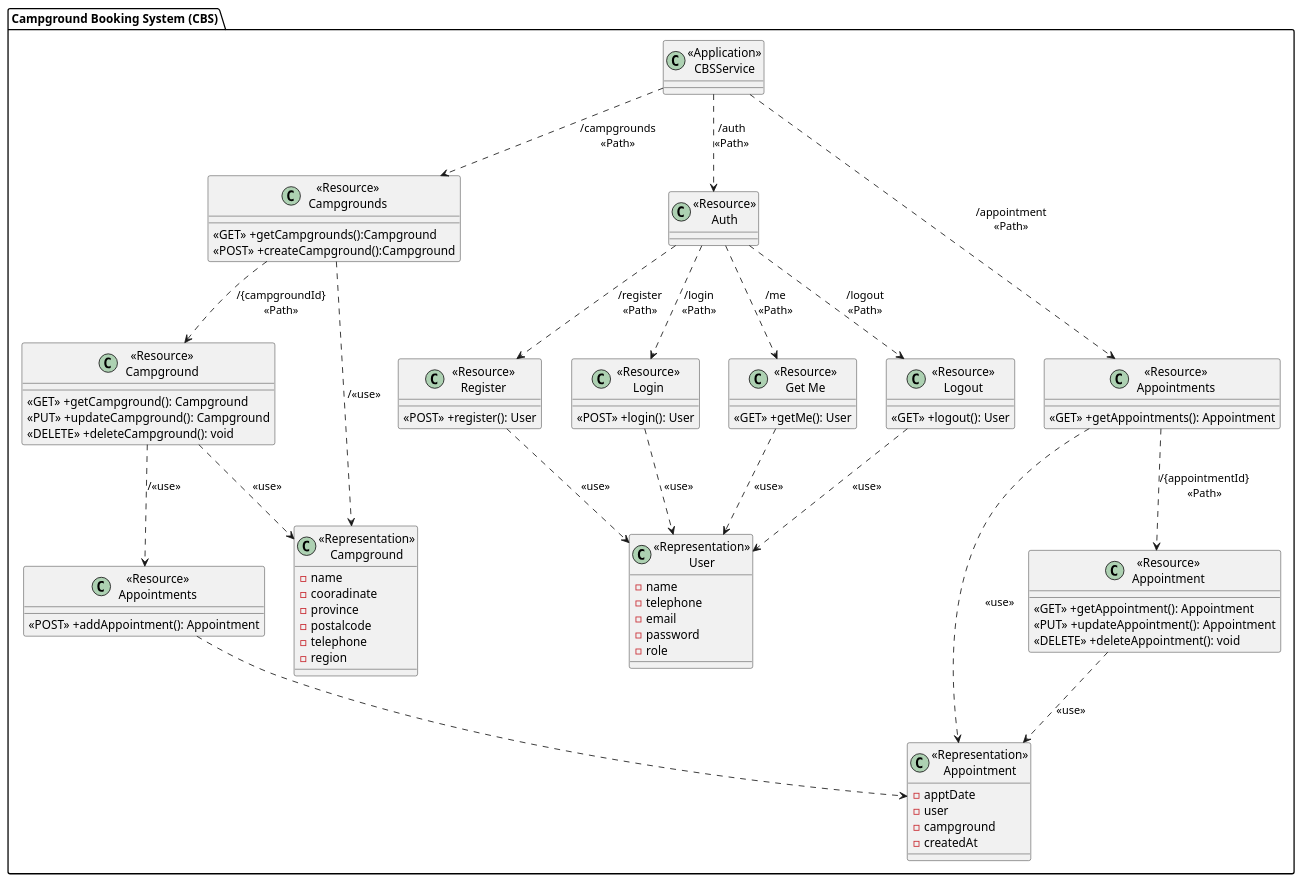
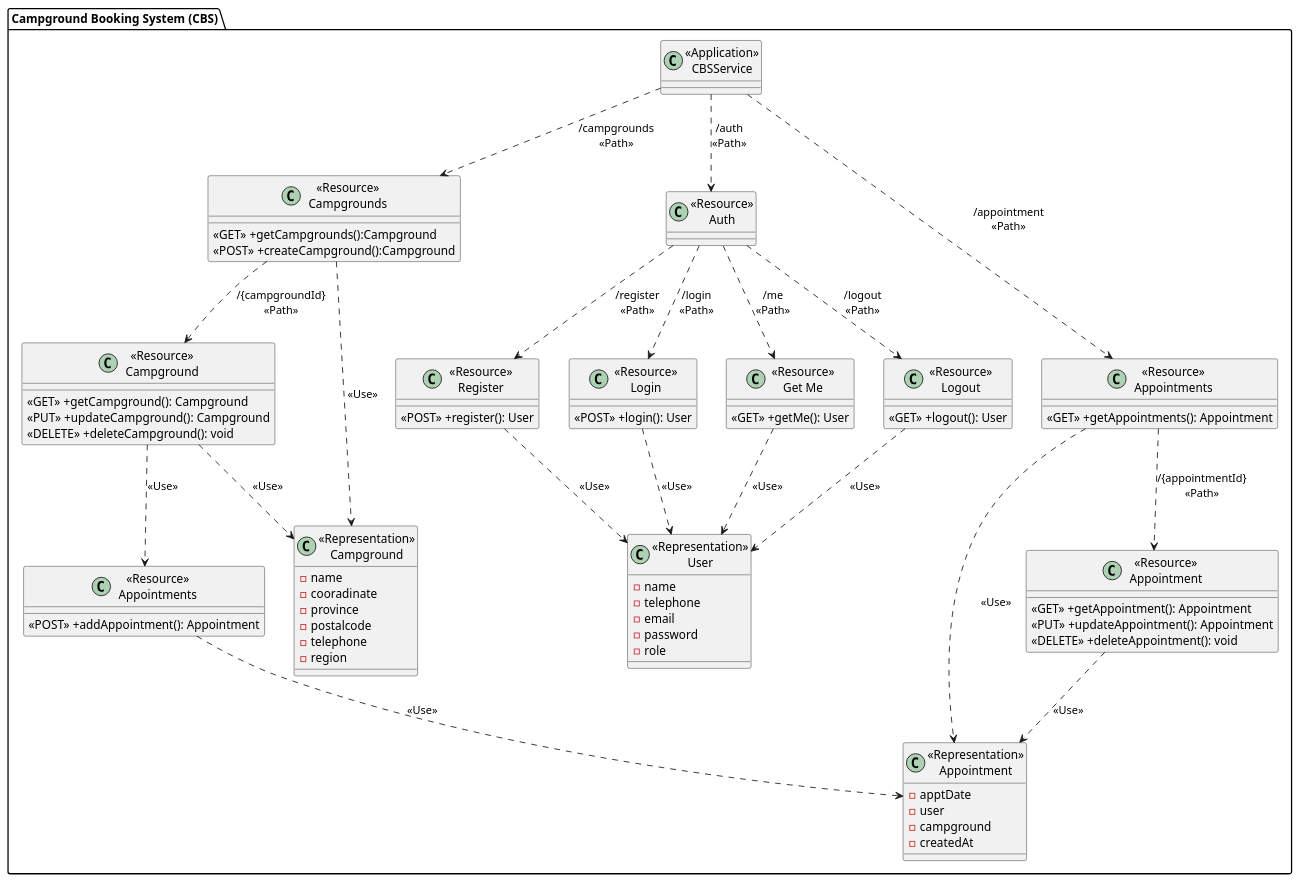
The diagram in diagram/Class diagram/CampgroundClass.puml (FaiiFaiipuipui/CEDT_Y1T2_backend-campgroundbooking), drawn with PlantUML before and after one commit. The commit also changed 1 other file, not shown here.

Commit message:
Modify class diagram

```diff
--- a/diagram/Class diagram/CampgroundClass.puml
+++ b/diagram/Class diagram/CampgroundClass.puml
@@ -1,98 +1,98 @@
 @startuml Campground Booking System (CBS)
 
 package "Campground Booking System (CBS)"{
     class "<<Application>>\nCBSService" as CBSService{}
 
     class "<<Resource>>\nCampgrounds" as ResourceCampgrounds{
         <<GET>> +getCampgrounds():Campground
         <<POST>> +createCampground():Campground
     }
 
     class "<<Resource>>\nCampground" as ResourceCampground {
         <<GET>> +getCampground(): Campground
         <<PUT>> +updateCampground(): Campground
         <<DELETE>> +deleteCampground(): void
     }
 
     class "<<Representation>>\nCampground" as RepresentationCampground {
         -name
         -cooradinate
         -province
         -postalcode
         -telephone
         -region
     }
 
     class "<<Resource>>\nAuth" as ResourceAuth{
         
     }
 
     class "<<Resource>>\nRegister" as RegisterService {
         <<POST>> +register(): User
     }
 
     class "<<Resource>>\nLogin" as LoginService {
         <<POST>> +login(): User
     }
 
     class "<<Resource>>\nGet Me" as GetMeService {
         <<GET>> +getMe(): User
     }
     class "<<Resource>>\nLogout" as LogoutService {
         <<GET>> +logout(): User
     }
 
     class "<<Representation>>\nUser" as RepresentationUser {
         -name
         -telephone
         -email
         -password
         -role
     }
 
     class "<<Resource>>\nAppointments" as ResourceAppointments{
         <<GET>> +getAppointments(): Appointment
     }
 
     class "<<Resource>>\nAppointments" as AddResourceAppointments{
         <<POST>> +addAppointment(): Appointment
     }
 
     class "<<Resource>>\nAppointment" as ResourceAppointment{
         <<GET>> +getAppointment(): Appointment
         <<PUT>> +updateAppointment(): Appointment
         <<DELETE>> +deleteAppointment(): void
     }
 
     class "<<Representation>>\nAppointment" as RepresentationAppointment {
         -apptDate
         -user
         -campground
         -createdAt
     }
 }
 
 CBSService ..> ResourceCampgrounds:"/campgrounds\n<<Path>>"
 ResourceCampgrounds ..> ResourceCampground: "/{campgroundId}\n<<Path>>"
-ResourceCampgrounds ..> RepresentationCampground: "/<<use>>"
-ResourceCampground ..> AddResourceAppointments: "/<<use>>"
-ResourceCampground ..> RepresentationCampground: "<<use>>"
+ResourceCampgrounds ..> RepresentationCampground: "<<Use>>"
+ResourceCampground ..> AddResourceAppointments: "<<Use>>"
+ResourceCampground ..> RepresentationCampground: "<<Use>>"
 
 CBSService ..> ResourceAppointments: "/appointment\n<<Path>>"
 ResourceAppointments ..> ResourceAppointment: "/{appointmentId}\n<<Path>>"
-ResourceAppointment ..> RepresentationAppointment: "<<use>>"
-ResourceAppointments ..> RepresentationAppointment: "<<use>>"
-AddResourceAppointments ..> RepresentationAppointment
+ResourceAppointment ..> RepresentationAppointment: "<<Use>>"
+ResourceAppointments ..> RepresentationAppointment: "<<Use>>"
+AddResourceAppointments ..> RepresentationAppointment: "<<Use>>"
 
 CBSService ..> ResourceAuth:"/auth\n<<Path>>"
 ResourceAuth ..> RegisterService: "/register\n<<Path>>"
 ResourceAuth ..> LoginService: "/login\n<<Path>>"
 ResourceAuth ..> GetMeService: "/me\n<<Path>>"
 ResourceAuth ..> LogoutService: "/logout\n<<Path>>"
-RegisterService ..> RepresentationUser: "<<use>>"
-LoginService ..> RepresentationUser: "<<use>>"
-GetMeService ..> RepresentationUser: "<<use>>"
-LogoutService ..> RepresentationUser: "<<use>>"
+RegisterService ..> RepresentationUser: "<<Use>>"
+LoginService ..> RepresentationUser: "<<Use>>"
+GetMeService ..> RepresentationUser: "<<Use>>"
+LogoutService ..> RepresentationUser: "<<Use>>"
 
 
 @enduml
```
